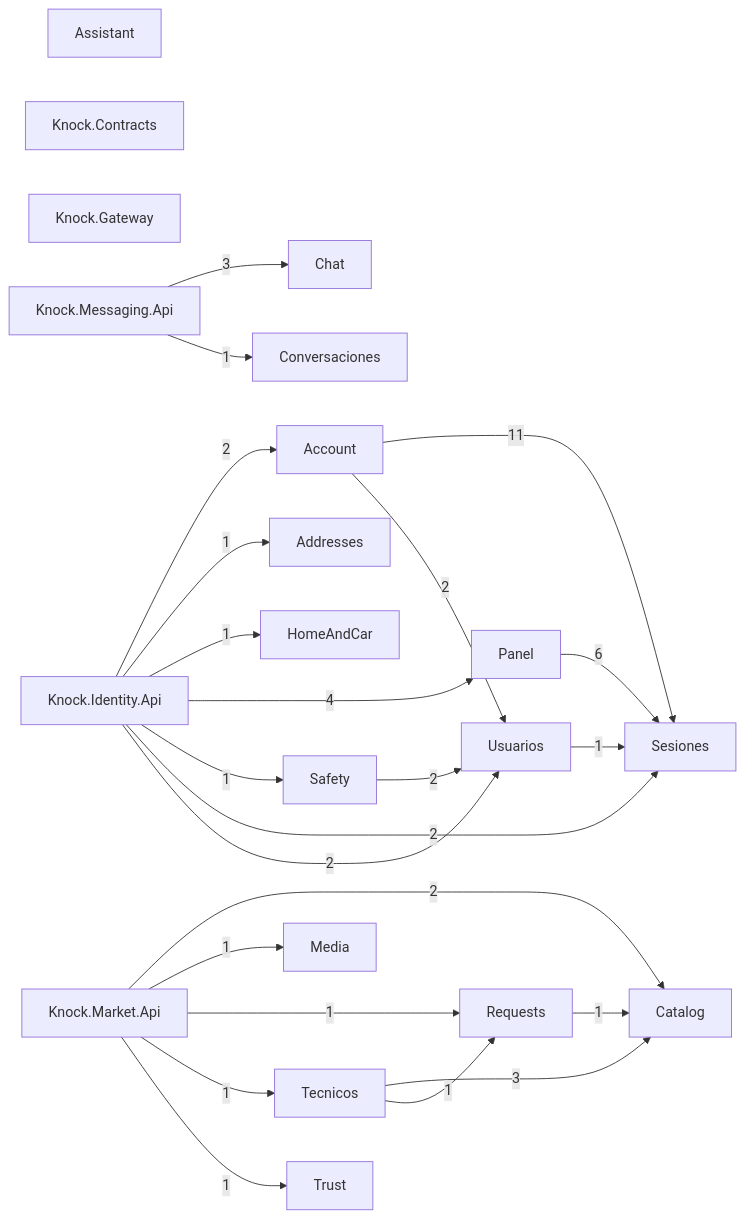
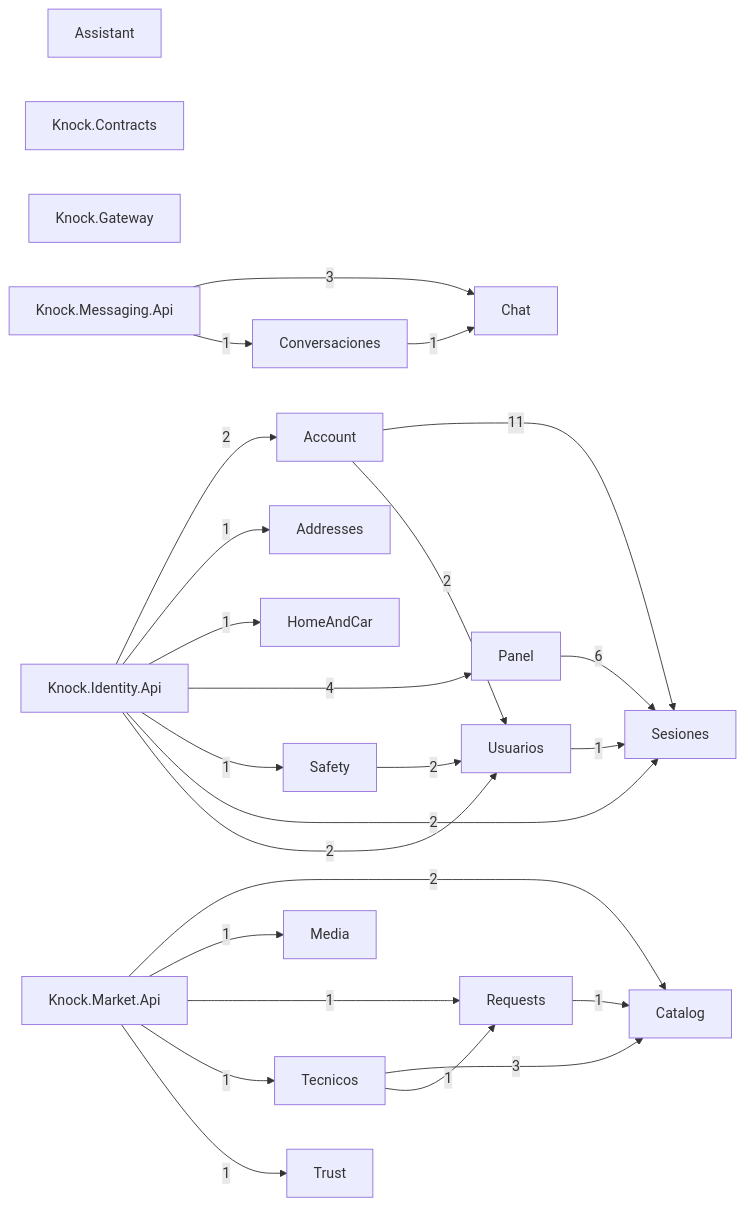
Before and after one commit to Tensei-Devs/knock-backend: the diagram in docs/architecture/modules.mmd, drawn with Mermaid. The commit also changed 13 other files, not shown here.

```diff
--- a/docs/architecture/modules.mmd
+++ b/docs/architecture/modules.mmd
@@ -1,43 +1,44 @@
 graph LR
   Account["Account"]
   Addresses["Addresses"]
   Assistant["Assistant"]
   Catalog["Catalog"]
   Chat["Chat"]
   Conversaciones["Conversaciones"]
   HomeAndCar["HomeAndCar"]
   Knock_Contracts["Knock.Contracts"]
   Knock_Gateway["Knock.Gateway"]
   Knock_Identity_Api["Knock.Identity.Api"]
   Knock_Market_Api["Knock.Market.Api"]
   Knock_Messaging_Api["Knock.Messaging.Api"]
   Media["Media"]
   Panel["Panel"]
   Requests["Requests"]
   Safety["Safety"]
   Sesiones["Sesiones"]
   Tecnicos["Tecnicos"]
   Trust["Trust"]
   Usuarios["Usuarios"]
   Account -->|11| Sesiones
   Account -->|2| Usuarios
+  Conversaciones -->|1| Chat
   Knock_Identity_Api -->|2| Account
   Knock_Identity_Api -->|1| Addresses
   Knock_Identity_Api -->|1| HomeAndCar
   Knock_Identity_Api -->|4| Panel
   Knock_Identity_Api -->|1| Safety
   Knock_Identity_Api -->|2| Sesiones
   Knock_Identity_Api -->|2| Usuarios
   Knock_Market_Api -->|2| Catalog
   Knock_Market_Api -->|1| Media
   Knock_Market_Api -->|1| Requests
   Knock_Market_Api -->|1| Tecnicos
   Knock_Market_Api -->|1| Trust
   Knock_Messaging_Api -->|3| Chat
   Knock_Messaging_Api -->|1| Conversaciones
   Panel -->|6| Sesiones
   Requests -->|1| Catalog
   Safety -->|2| Usuarios
   Tecnicos -->|3| Catalog
   Tecnicos -->|1| Requests
   Usuarios -->|1| Sesiones
```
